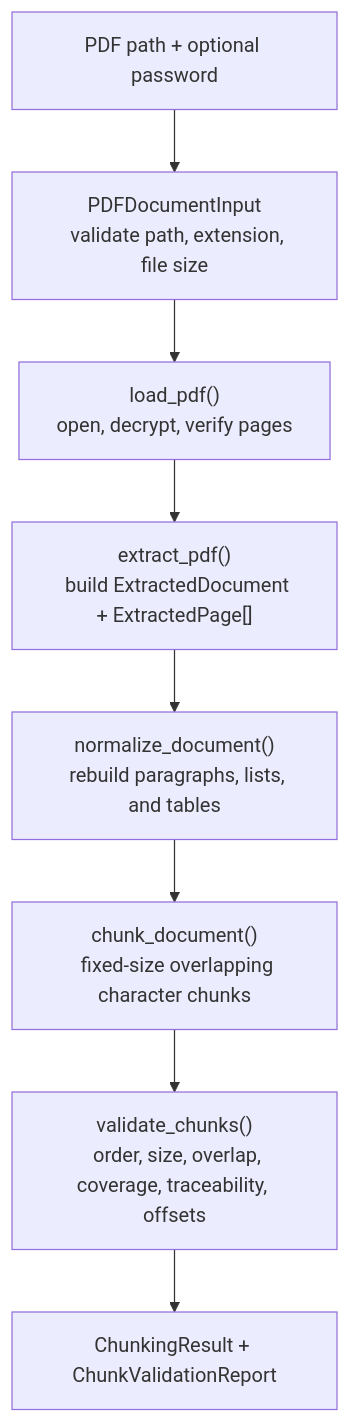
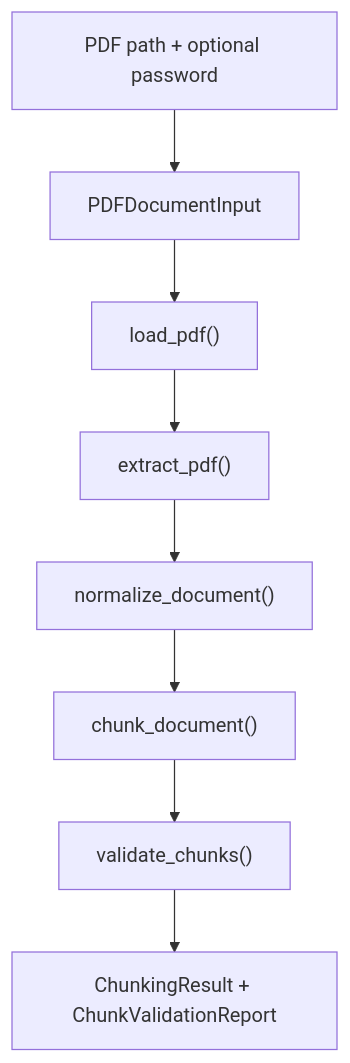
The diagram in README.md (E-techgod/document-chunker), drawn with Mermaid before and after one commit. The commit also changed other lines of this file, not shown here.

Commit message:
docs(readme): refresh project overview from graph artifacts

````diff
--- a/README.md
+++ b/README.md
@@ -72,25 +32,19 @@
 ```mermaid
 flowchart TD
   input["PDF path + optional password"]
-  validate["PDFDocumentInput
-  validate path, extension, file size"]
-  load["load_pdf()
-  open, decrypt, verify pages"]
-  extract["extract_pdf()
-  build ExtractedDocument + ExtractedPage[]"]
-  normalize["normalize_document()
-  rebuild paragraphs, lists, and tables"]
-  chunk["chunk_document()
-  fixed-size overlapping character chunks"]
-  verify["validate_chunks()
-  order, size, overlap, coverage, traceability, offsets"]
+  validate["PDFDocumentInput"]
+  load["load_pdf()"]
+  extract["extract_pdf()"]
+  normalize["normalize_document()"]
+  chunk["chunk_document()"]
+  verify["validate_chunks()"]
   output["ChunkingResult + ChunkValidationReport"]
 
   input --> validate
   validate --> load
   load --> extract
   extract --> normalize
   normalize --> chunk
   chunk --> verify
   verify --> output
 ```
````
